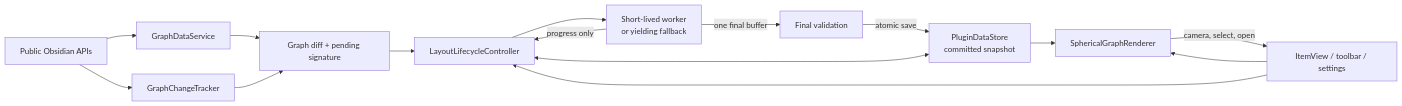
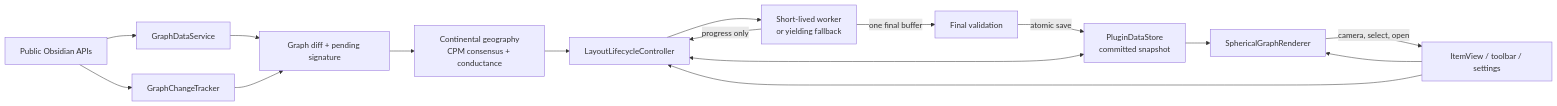
One commit to Pavel-mik/obsidian-spherical-graph changed the first of 2 diagrams in ARCHITECTURE.md. Above: the diagram before and after it, drawn with Mermaid. The commit also changed other lines of this file and 62 other files, not shown here.

Commit message:
Release Spherical Graph 1.2.0

````diff
--- a/ARCHITECTURE.md
+++ b/ARCHITECTURE.md
@@ -7,17 +7,18 @@
 ```mermaid
 flowchart LR
     O["Public Obsidian APIs"] --> G["GraphDataService"]
     O --> T["GraphChangeTracker"]
     T --> D["Graph diff + pending signature"]
     G --> D
-    D --> L["LayoutLifecycleController"]
+    D --> C["Continental geography<br/>CPM consensus + conductance"]
+    C --> L["LayoutLifecycleController"]
     P["PluginDataStore<br/>committed snapshot"] <--> L
     L --> W["Short-lived worker<br/>or yielding fallback"]
     W -->|"progress only"| L
     W -->|"one final buffer"| V["Final validation"]
     V -->|"atomic save"| P
     P --> R["SphericalGraphRenderer"]
     U["ItemView / toolbar / settings"] --> L
     U --> R
     R -->|"camera, select, open"| U
 ```
````
